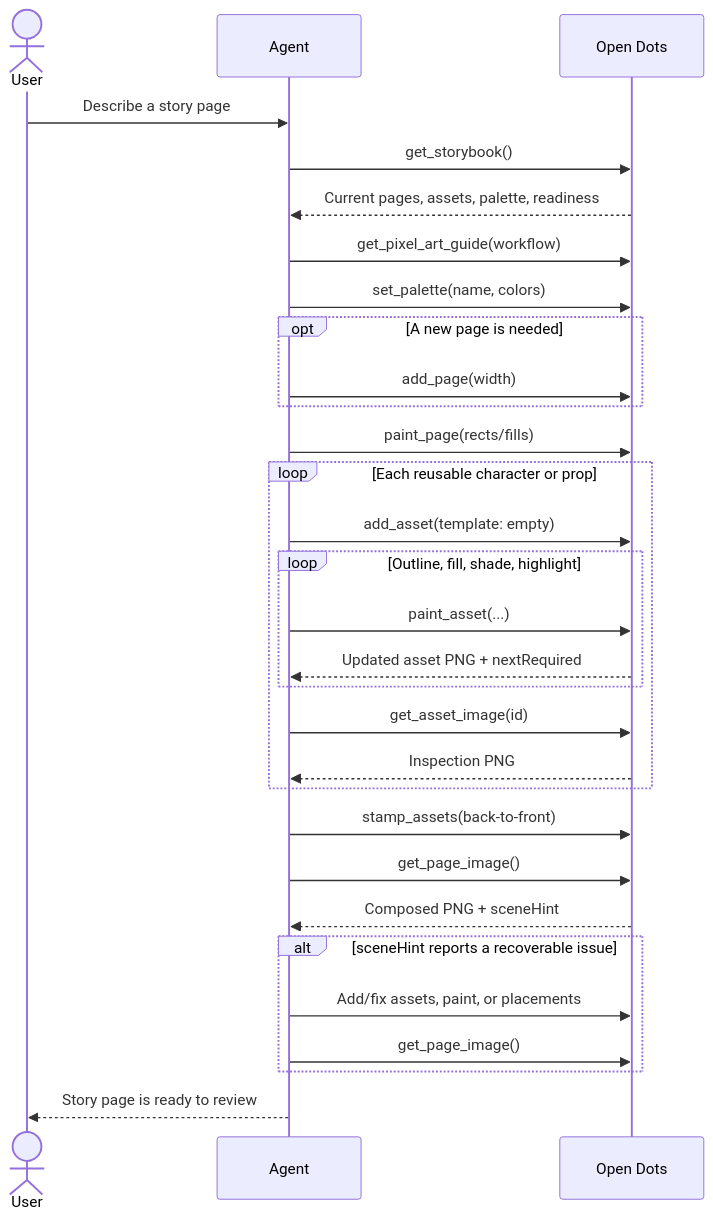
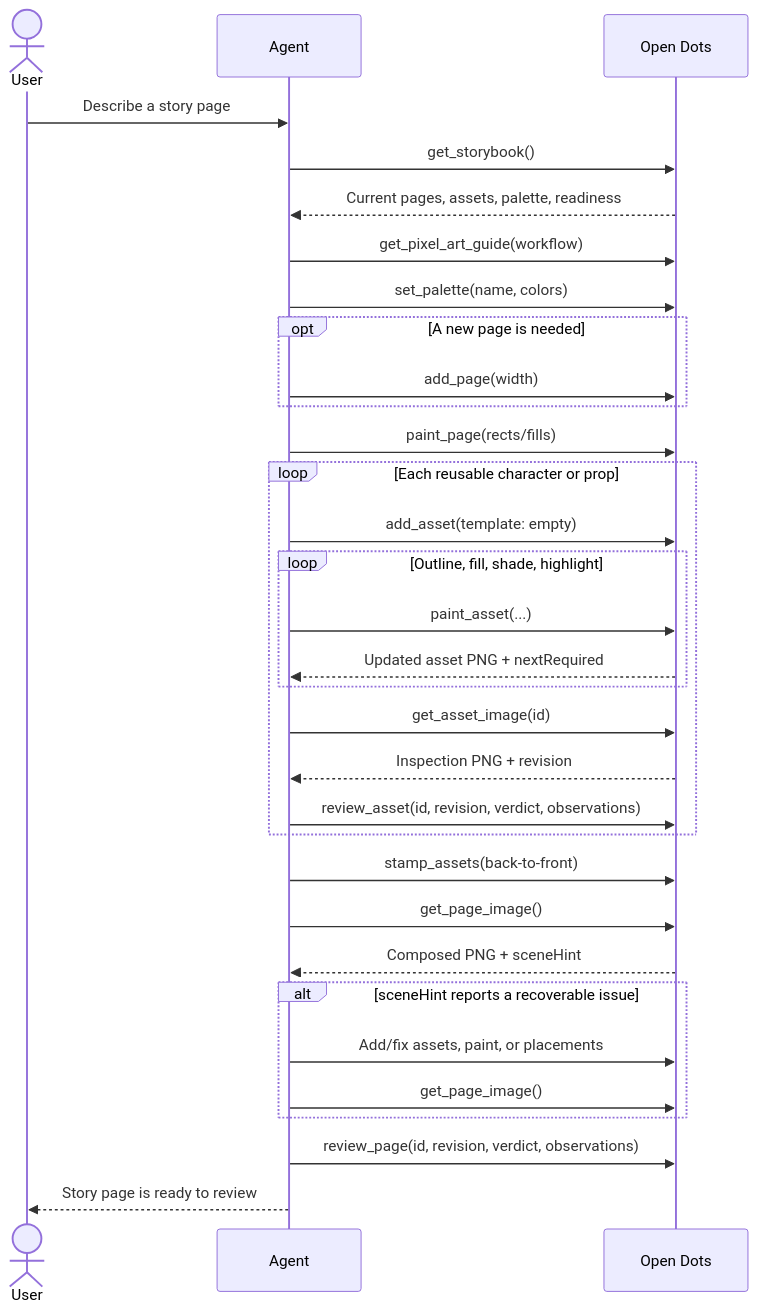
Before and after one commit to MichaelHo02/open-dots: the diagram in README.md, drawn with Mermaid. The commit also changed other lines of this file and 13 other files, not shown here.

````diff
--- a/README.md
+++ b/README.md
@@ -42,33 +44,35 @@
 ```mermaid
 sequenceDiagram
     actor User
     participant Agent
     participant OpenDots as Open Dots
 
     User->>Agent: Describe a story page
     Agent->>OpenDots: get_storybook()
     OpenDots-->>Agent: Current pages, assets, palette, readiness
     Agent->>OpenDots: get_pixel_art_guide(workflow)
     Agent->>OpenDots: set_palette(name, colors)
     opt A new page is needed
         Agent->>OpenDots: add_page(width)
     end
     Agent->>OpenDots: paint_page(rects/fills)
     loop Each reusable character or prop
         Agent->>OpenDots: add_asset(template: empty)
         loop Outline, fill, shade, highlight
             Agent->>OpenDots: paint_asset(...)
             OpenDots-->>Agent: Updated asset PNG + nextRequired
         end
         Agent->>OpenDots: get_asset_image(id)
-        OpenDots-->>Agent: Inspection PNG
+        OpenDots-->>Agent: Inspection PNG + revision
+        Agent->>OpenDots: review_asset(id, revision, verdict, observations)
     end
     Agent->>OpenDots: stamp_assets(back-to-front)
     Agent->>OpenDots: get_page_image()
     OpenDots-->>Agent: Composed PNG + sceneHint
     alt sceneHint reports a recoverable issue
         Agent->>OpenDots: Add/fix assets, paint, or placements
         Agent->>OpenDots: get_page_image()
     end
+    Agent->>OpenDots: review_page(id, revision, verdict, observations)
     Agent-->>User: Story page is ready to review
 ```
````
